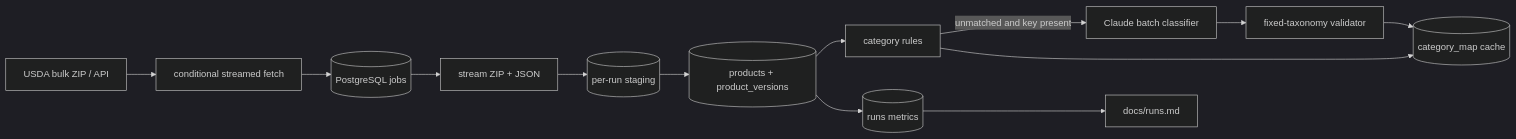
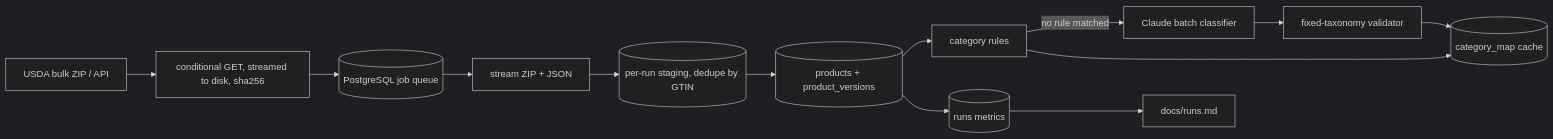
One commit to mofchris/grocery-ingest changed the diagram in README.md. Above: the diagram before and after it, drawn with Mermaid (dark theme). The commit also changed other lines of this file and 4 other files, not shown here.

````diff
--- a/README.md
+++ b/README.md
@@ -7,15 +9,15 @@
 ```mermaid
 flowchart LR
-  USDA[USDA bulk ZIP / API] --> Acquire[conditional streamed fetch]
-  Acquire --> Queue[(PostgreSQL jobs)]
+  USDA[USDA bulk ZIP / API] --> Acquire[conditional GET, streamed to disk, sha256]
+  Acquire --> Queue[(PostgreSQL job queue)]
   Queue --> Parse[stream ZIP + JSON]
-  Parse --> Stage[(per-run staging)]
+  Parse --> Stage[(per-run staging, dedupe by GTIN)]
   Stage --> Merge[(products + product_versions)]
   Merge --> Rules[category rules]
-  Rules -->|unmatched and key present| Claude[Claude batch classifier]
+  Rules -->|no rule matched| Claude[Claude batch classifier]
   Rules --> Map[(category_map cache)]
   Claude --> Validate[fixed-taxonomy validator]
   Validate --> Map
   Merge --> Runs[(runs metrics)]
   Runs --> Report[docs/runs.md]
 ```
````
